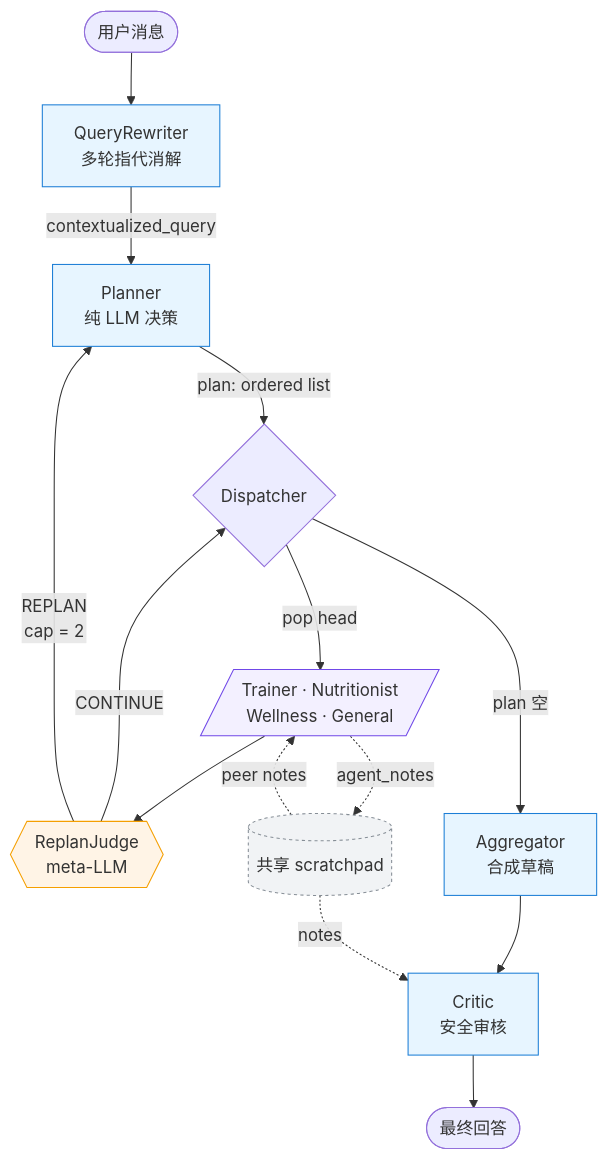
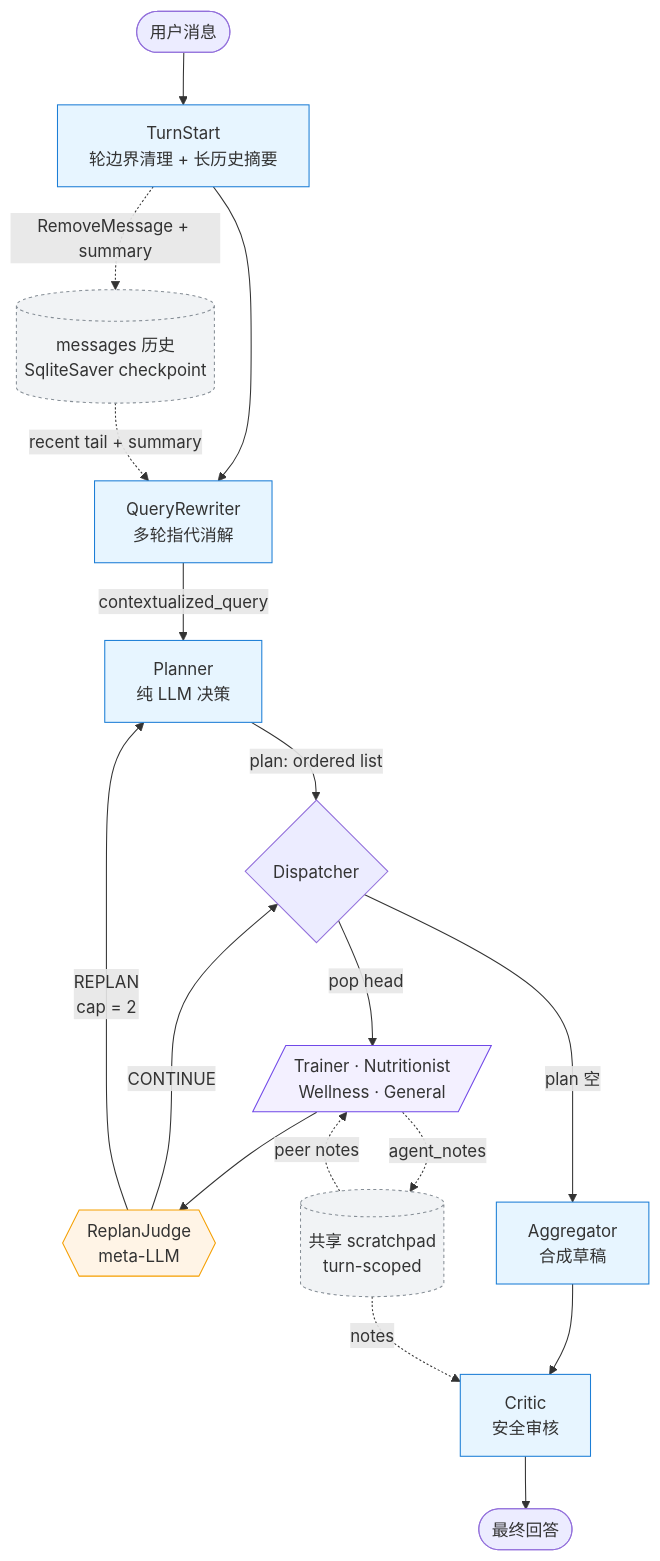
The diagram in README.md (MichaelSou1/wellness-copilot), drawn with Mermaid before and after one commit. The commit also changed other lines of this file and 5 other files, not shown here.

First line of the commit message:
add multi-turn context management: TurnStart node + thread resume

````diff
--- a/README.md
+++ b/README.md
@@ -16,29 +17,34 @@
 ```mermaid
 flowchart TD
-    User([用户消息]) --> QR[QueryRewriter<br/>多轮指代消解]
+    User([用户消息]) --> TS[TurnStart<br/>轮边界清理 + 长历史摘要]
+    TS --> QR[QueryRewriter<br/>多轮指代消解]
     QR -->|contextualized_query| Planner[Planner<br/>纯 LLM 决策]
     Planner -->|plan: ordered list| Dispatcher{Dispatcher}
 
     Dispatcher -->|pop head| Expert[/Trainer · Nutritionist<br/>Wellness · General/]
     Expert --> Judge{{ReplanJudge<br/>meta-LLM}}
     Judge -->|CONTINUE| Dispatcher
     Judge -->|REPLAN<br/>cap = 2| Planner
 
     Dispatcher -->|plan 空| Aggregator[Aggregator<br/>合成草稿]
     Aggregator --> Critic[Critic<br/>安全审核]
     Critic --> Out([最终回答])
 
     %% 共享 scratchpad（侧通道）
-    Expert -. agent_notes .-> Scratchpad[(共享 scratchpad)]
+    Expert -. agent_notes .-> Scratchpad[(共享 scratchpad<br/>turn-scoped)]
     Scratchpad -. peer notes .-> Expert
     Scratchpad -. notes .-> Critic
+
+    %% 长期持久化
+    TS -. RemoveMessage + summary .-> History[(messages 历史<br/>SqliteSaver checkpoint)]
+    History -. recent tail + summary .-> QR
 
     classDef meta fill:#fff4e6,stroke:#f59f00,stroke-width:1px;
     classDef ctrl fill:#e7f5ff,stroke:#1c7ed6,stroke-width:1px;
     classDef expert fill:#f3f0ff,stroke:#7048e8,stroke-width:1px;
     classDef store fill:#f1f3f5,stroke:#868e96,stroke-width:1px,stroke-dasharray:3 3;
-    class QR,Planner,Aggregator,Critic ctrl;
+    class TS,QR,Planner,Aggregator,Critic ctrl;
     class Judge meta;
     class Expert expert;
-    class Scratchpad store;
+    class Scratchpad,History store;
 ```
````
